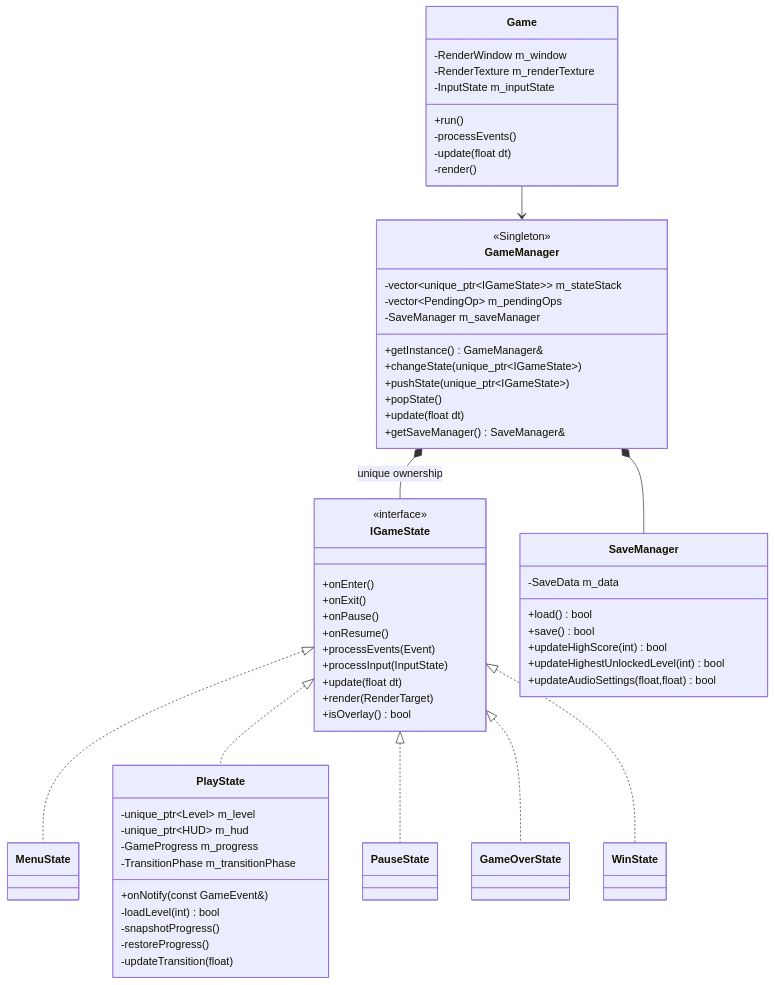
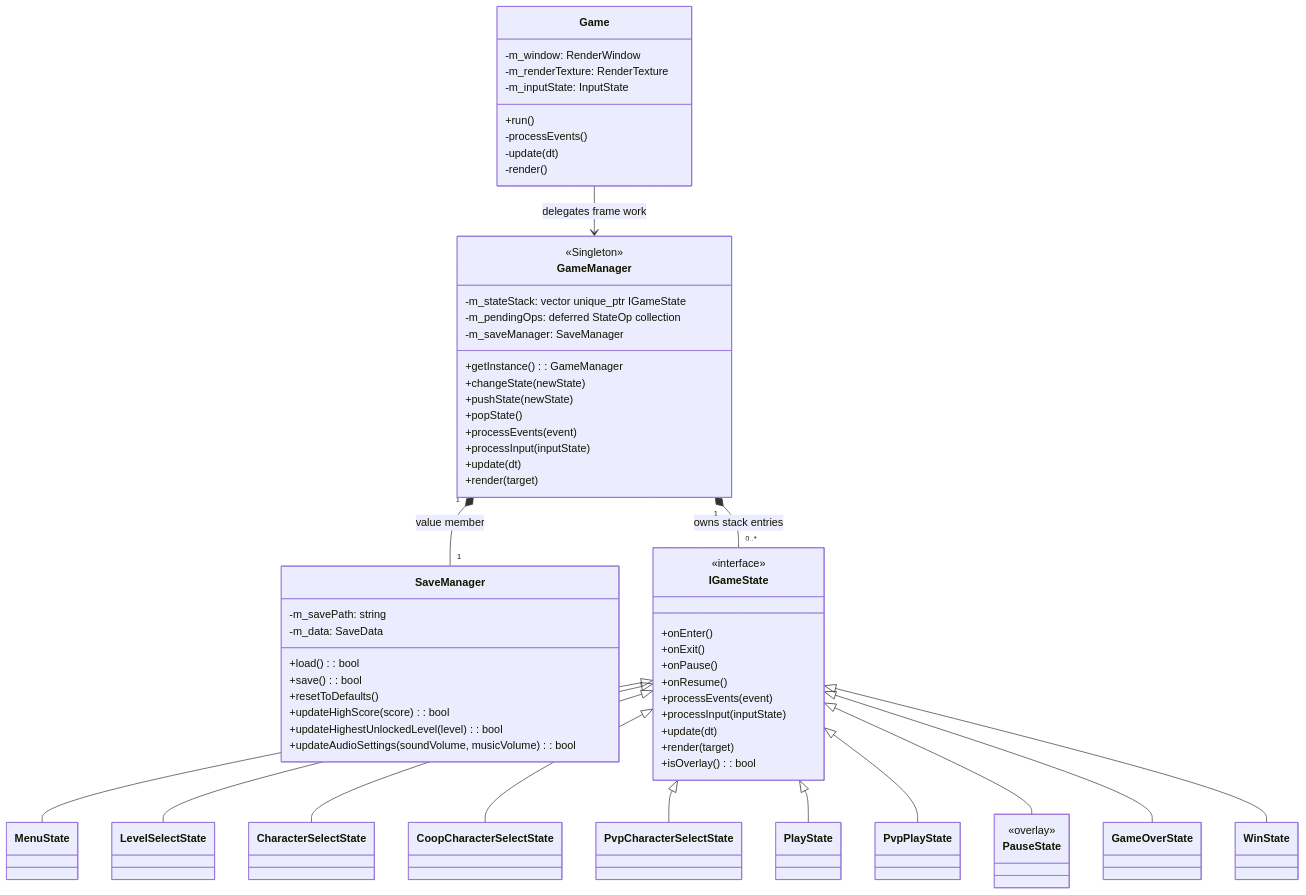
One commit to baoduong2342007/CS202-Group04-FinalProject changed the first of 9 diagrams in docs/class_diagram.md. Above: the diagram before and after it, drawn with Mermaid. The commit also changed other lines of this file and 2 other files, not shown here.

````diff
--- a/docs/class_diagram.md
+++ b/docs/class_diagram.md
@@ -11,26 +50,39 @@
     direction TB
 
     class Game {
-        -RenderWindow m_window
-        -RenderTexture m_renderTexture
-        -InputState m_inputState
+        -m_window: RenderWindow
+        -m_renderTexture: RenderTexture
+        -m_inputState: InputState
         +run()
         -processEvents()
-        -update(float dt)
+        -update(dt)
         -render()
     }
 
     class GameManager {
         <<Singleton>>
-        -vector~unique_ptr~IGameState~~ m_stateStack
-        -vector~PendingOp~ m_pendingOps
-        -SaveManager m_saveManager
-        +getInstance() GameManager&
-        +changeState(unique_ptr~IGameState~)
-        +pushState(unique_ptr~IGameState~)
+        -m_stateStack: vector unique_ptr IGameState
+        -m_pendingOps: deferred StateOp collection
+        -m_saveManager: SaveManager
+        +getInstance(): GameManager
+        +changeState(newState)
+        +pushState(newState)
         +popState()
-        +update(float dt)
-        +getSaveManager() SaveManager&
+        +processEvents(event)
+        +processInput(inputState)
+        +update(dt)
+        +render(target)
+    }
+
+    class SaveManager {
+        -m_savePath: string
+        -m_data: SaveData
+        +load(): bool
+        +save(): bool
+        +resetToDefaults()
+        +updateHighScore(score): bool
+        +updateHighestUnlockedLevel(level): bool
+        +updateAudioSettings(soundVolume, musicVolume): bool
     }
 
     class IGameState {
@@ -39,43 +91,45 @@
         +onExit()
         +onPause()
         +onResume()
-        +processEvents(Event)
-        +processInput(InputState)
-        +update(float dt)
-        +render(RenderTarget)
-        +isOverlay() bool
+        +processEvents(event)
+        +processInput(inputState)
+        +update(dt)
+        +render(target)
+        +isOverlay(): bool
     }
 
     class MenuState
-    class PlayState {
-        -unique_ptr~Level~ m_level
-        -unique_ptr~HUD~ m_hud
-        -GameProgress m_progress
-        -TransitionPhase m_transitionPhase
-        +onNotify(const GameEvent&)
-        -loadLevel(int) bool
-        -snapshotProgress()
-        -restoreProgress()
-        -updateTransition(float)
+    class LevelSelectState
+    class CharacterSelectState
+    class CoopCharacterSelectState
+    class PvpCharacterSelectState
+    class PlayState
+    class PvpPlayState
+    class PauseState {
+        <<overlay>>
     }
-    class PauseState
     class GameOverState
     class WinState
-    class SaveManager {
-        -SaveData m_data
-        +load() bool
-        +save() bool
-        +updateHighScore(int) bool
-        +updateHighestUnlockedLevel(int) bool
-        +updateAudioSettings(float,float) bool
-    }
 
-    Game --> GameManager
-    GameManager *-- IGameState : unique ownership
-    GameManager *-- SaveManager
-    IGameState <|.. MenuState
-    IGameState <|.. PlayState
-    IGameState <|.. PauseState
-    IGameState <|.. GameOverState
-    IGameState <|.. WinState
+    Game --> GameManager : delegates frame work
+    GameManager "1" *-- "0..*" IGameState : owns stack entries
+    GameManager "1" *-- "1" SaveManager : value member
+
+    IGameState <|-- MenuState
+    IGameState <|-- LevelSelectState
+    IGameState <|-- CharacterSelectState
+    IGameState <|-- CoopCharacterSelectState
+    IGameState <|-- PvpCharacterSelectState
+    IGameState <|-- PlayState
+    IGameState <|-- PvpPlayState
+    IGameState <|-- PauseState
+    IGameState <|-- GameOverState
+    IGameState <|-- WinState
+
+    classDef core fill:#fff7ed,stroke:#c2410c,color:#431407
+    classDef state fill:#eff6ff,stroke:#2563eb,color:#172554
+    classDef contract fill:#f8fafc,stroke:#475569,color:#0f172a
+    cssClass "Game,GameManager,SaveManager" core
+    cssClass "IGameState" contract
+    cssClass "MenuState,LevelSelectState,CharacterSelectState,CoopCharacterSelectState,PvpCharacterSelectState,PlayState,PvpPlayState,PauseState,GameOverState,WinState" state
 ```
````
